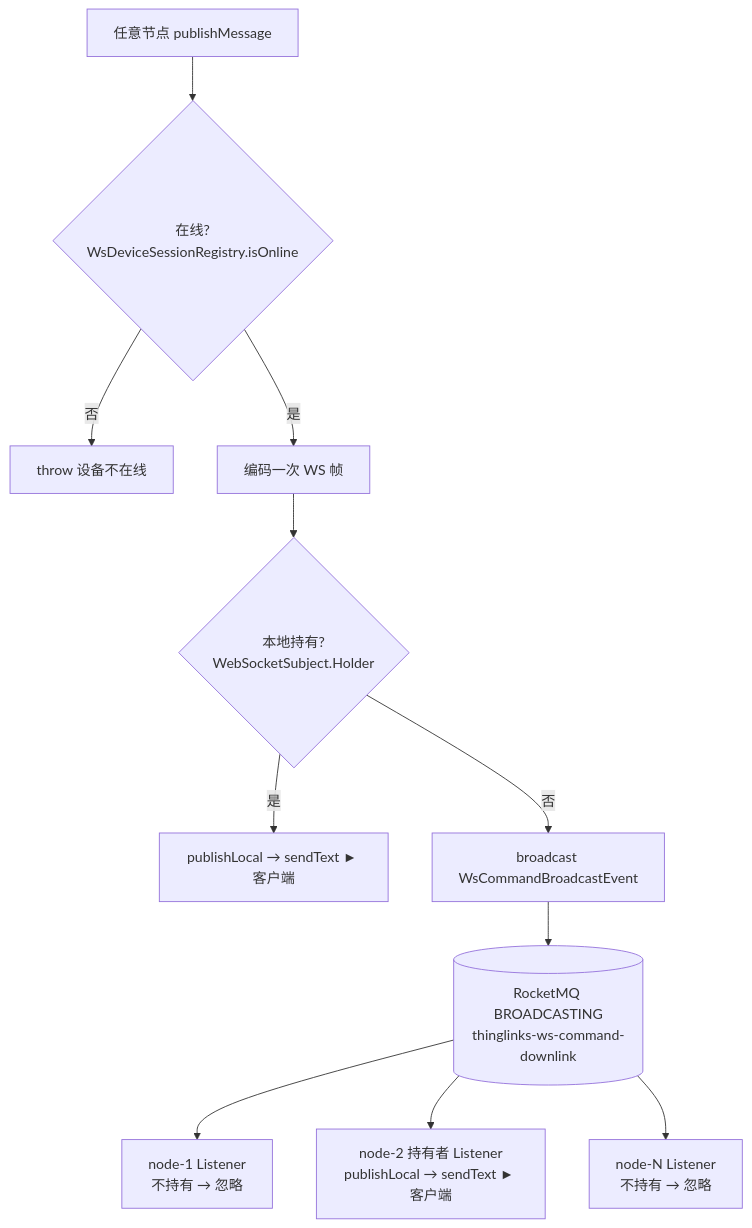
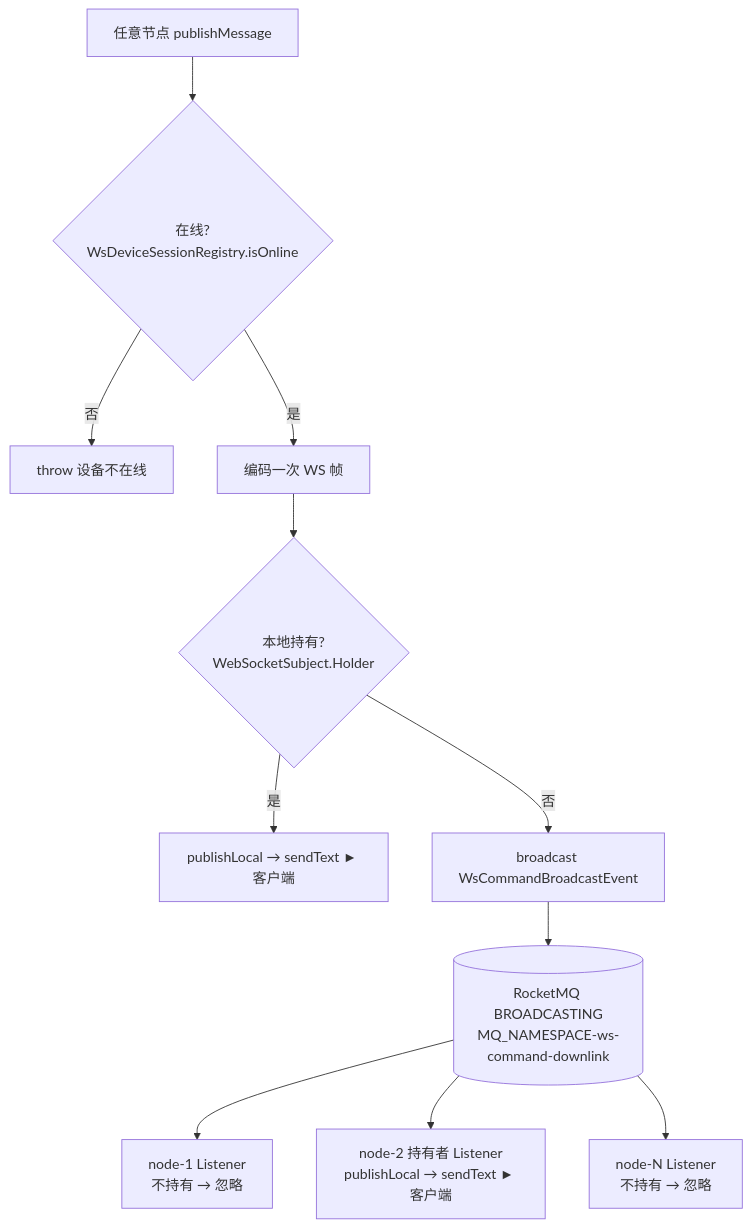
The third of 3 diagrams in skills/thinglinks-cloud/assets/diagrams.md (mqttsnet/thinglinks-skills), drawn with Mermaid before and after one commit. The commit also changed 10 other files, not shown here.

````diff
--- a/skills/thinglinks-cloud/assets/diagrams.md
+++ b/skills/thinglinks-cloud/assets/diagrams.md
@@ -51,13 +51,13 @@
 ```mermaid
 flowchart TB
   P[任意节点 publishMessage] --> OC{在线?<br/>WsDeviceSessionRegistry.isOnline}
   OC -->|否| X[throw 设备不在线]
   OC -->|是| EN[编码一次 WS 帧]
   EN --> LF{本地持有?<br/>WebSocketSubject.Holder}
   LF -->|是| L[publishLocal → sendText ► 客户端]
   LF -->|否| BC[broadcast WsCommandBroadcastEvent]
-  BC --> RMQ[(RocketMQ BROADCASTING<br/>thinglinks-ws-command-downlink)]
+  BC --> RMQ[(RocketMQ BROADCASTING<br/>MQ_NAMESPACE-ws-command-downlink)]
   RMQ --> N1[node-1 Listener<br/>不持有 → 忽略]
   RMQ --> N2[node-2 持有者 Listener<br/>publishLocal → sendText ► 客户端]
   RMQ --> N3[node-N Listener<br/>不持有 → 忽略]
 ```
````
